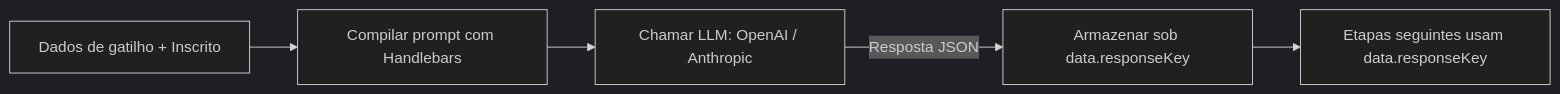
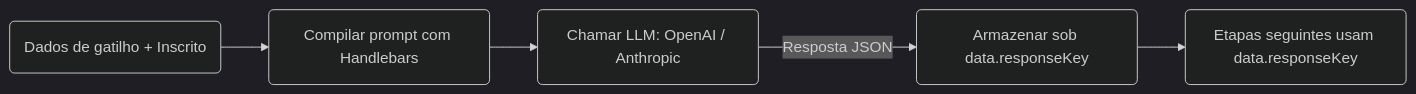
One commit to KriyanshKhunt/nexus_docs changed the first of 2 diagrams in content/docs/pt/platform/features/ai-workflow-node.mdx. Above: the diagram before and after it, drawn with Mermaid (dark theme). The commit also changed other lines of this file and 20 other files, not shown here.

Commit message:
Handle pt Mermaid charts

````diff
--- a/content/docs/pt/platform/features/ai-workflow-node.mdx
+++ b/content/docs/pt/platform/features/ai-workflow-node.mdx
@@ -18,7 +18,7 @@
 ```mermaid
 flowchart LR
-  T[Dados de gatilho + Inscrito] --> P[Compilar prompt com Handlebars]
-  P --> LLM[Chamar LLM: OpenAI / Anthropic]
-  LLM -->|Resposta JSON| D[Armazenar sob data.responseKey]
-  D --> Step[Etapas seguintes usam data.responseKey]
+  T(Dados de gatilho + Inscrito) --> P(Compilar prompt com Handlebars)
+  P --> LLM(Chamar LLM: OpenAI / Anthropic)
+  LLM -->|Resposta JSON| D(Armazenar sob data.responseKey)
+  D --> Step(Etapas seguintes usam data.responseKey)
 ```
````
